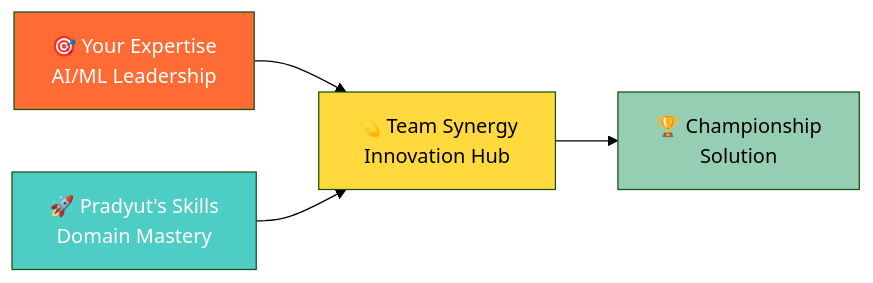
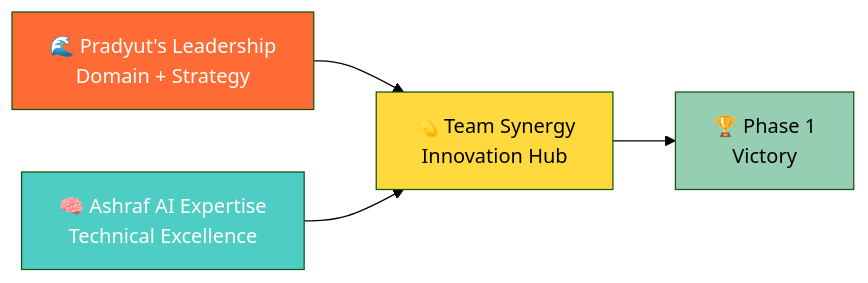
The first of 3 diagrams in README.md (Ashraf-ISM/SPG-HACKATHON-2025), drawn with Mermaid (forest theme) before and after one commit. The commit also changed other lines of this file, not shown here.

````diff
--- a/README.md
+++ b/README.md
@@ -78,11 +78,11 @@
 ```mermaid
 graph LR
-    A[🎯 Your Expertise<br/>AI/ML Leadership] --> C[💫 Team Synergy<br/>Innovation Hub]
-    B[🚀 Pradyut's Skills<br/>Domain Mastery] --> C
-    C --> D[🏆 Championship<br/>Solution]
+    A[🌊 Pradyut's Leadership<br/>Domain + Strategy] --> C[💫 Team Synergy<br/>Innovation Hub]
+    B[🧠 Ashraf AI Expertise<br/>Technical Excellence] --> C
+    C --> D[🏆 Phase 1<br/>Victory]
     
     style A fill:#FF6B35,color:#fff
     style B fill:#4ECDC4,color:#fff  
     style C fill:#FFD93D,color:#000
     style D fill:#96CEB4,color:#000
 ```
````
